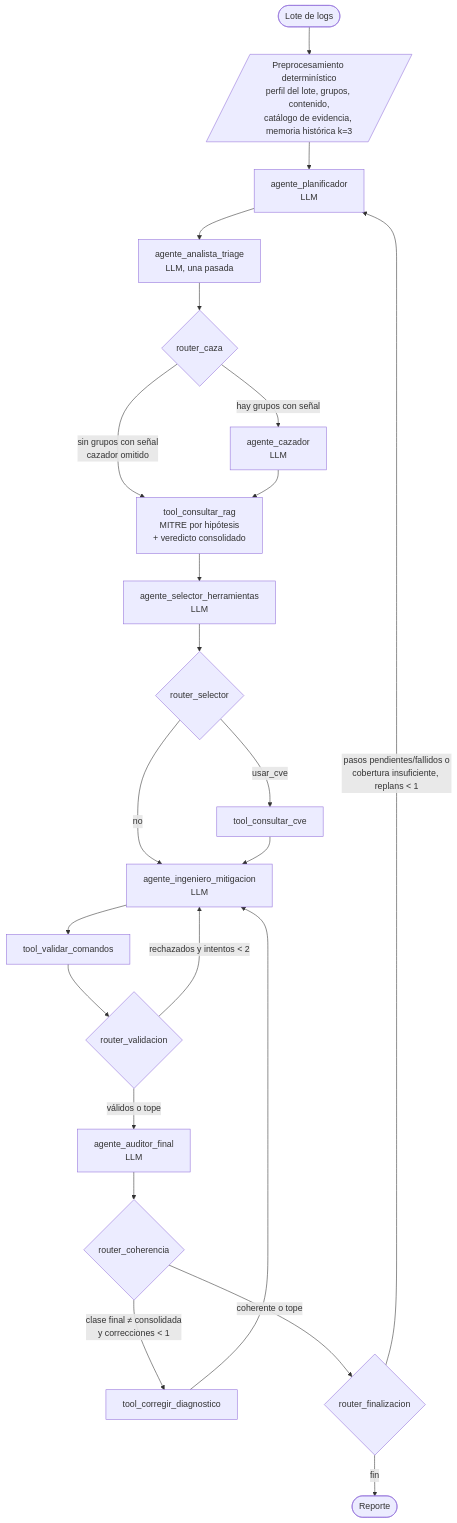
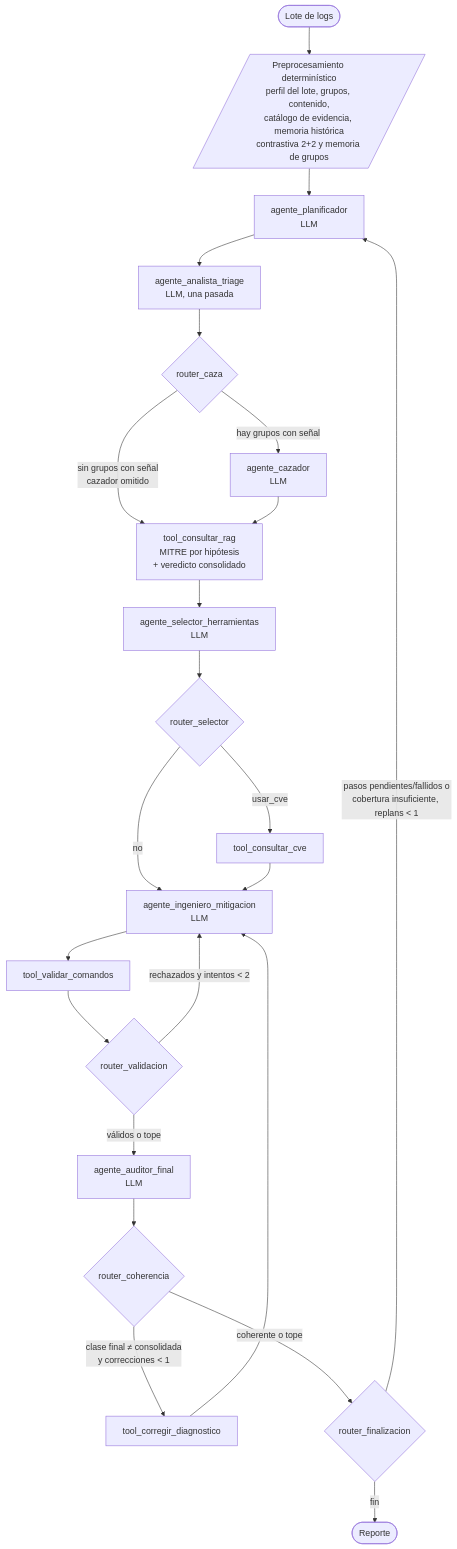
One commit to pazz09/ProyectoTituloNodex changed the diagram in docs/arquitectura_nodex_final.md. Above: the diagram before and after it, drawn with Mermaid. The commit also changed other lines of this file and 19 other files, not shown here.

````diff
--- a/docs/arquitectura_nodex_final.md
+++ b/docs/arquitectura_nodex_final.md
@@ -9,25 +9,25 @@
 ```mermaid
 flowchart TD
-    E([Lote de logs]) --> P0[/Preprocesamiento determinístico<br/>perfil del lote, grupos, contenido,<br/>catálogo de evidencia, memoria histórica k=3/]
+    E([Lote de logs]) --> P0[/Preprocesamiento determinístico<br/>perfil del lote, grupos, contenido,<br/>catálogo de evidencia, memoria histórica<br/>contrastiva 2+2 y memoria de grupos/]
     P0 --> PL[agente_planificador<br/>LLM]
     PL --> TR[agente_analista_triage<br/>LLM, una pasada]
     TR --> RC{router_caza}
     RC -- hay grupos con señal --> CZ[agente_cazador<br/>LLM]
     RC -- sin grupos con señal<br/>cazador omitido --> RAG
     CZ --> RAG[tool_consultar_rag<br/>MITRE por hipótesis<br/>+ veredicto consolidado]
     RAG --> SE[agente_selector_herramientas<br/>LLM]
     SE --> RS{router_selector}
     RS -- usar_cve --> CVE[tool_consultar_cve]
     RS -- no --> MI
     CVE --> MI[agente_ingeniero_mitigacion<br/>LLM]
     MI --> VA[tool_validar_comandos]
     VA --> RV{router_validacion}
     RV -- rechazados y intentos < 2 --> MI
     RV -- válidos o tope --> AU[agente_auditor_final<br/>LLM]
     AU --> RCO{router_coherencia}
     RCO -- clase final ≠ consolidada<br/>y correcciones < 1 --> CO[tool_corregir_diagnostico]
     CO --> MI
     RCO -- coherente o tope --> RF{router_finalizacion}
     RF -- pasos pendientes/fallidos o<br/>cobertura insuficiente, replans < 1 --> PL
     RF -- fin --> S([Reporte])
 ```
````
